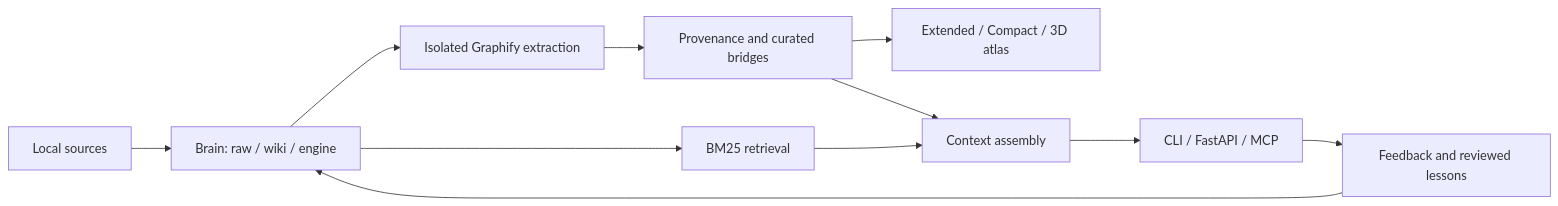
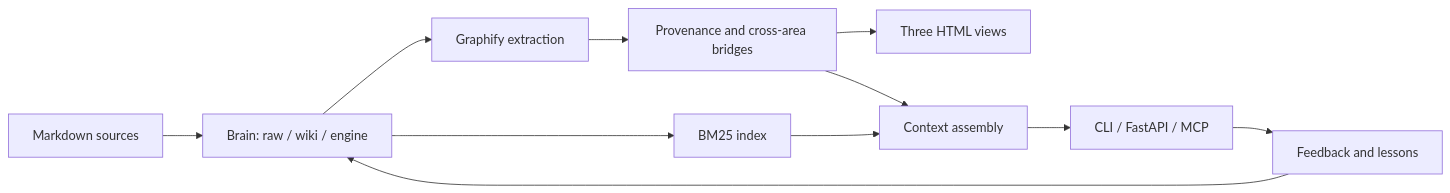
Before and after one commit to Simus100/altair-brain: the diagram in README.md, drawn with Mermaid. The commit also changed other lines of this file and 11 other files, not shown here.

````diff
--- a/README.md
+++ b/README.md
@@ -39,13 +26,13 @@
 ```mermaid
 flowchart LR
-    A[Local sources] --> B[Brain: raw / wiki / engine]
-    B --> C[Isolated Graphify extraction]
-    B --> D[BM25 retrieval]
-    C --> E[Provenance and curated bridges]
-    E --> F[Extended / Compact / 3D atlas]
+    A[Markdown sources] --> B[Brain: raw / wiki / engine]
+    B --> C[Graphify extraction]
+    B --> D[BM25 index]
+    C --> E[Provenance and cross-area bridges]
+    E --> F[Three HTML views]
     D --> G[Context assembly]
     E --> G
     G --> H[CLI / FastAPI / MCP]
-    H --> I[Feedback and reviewed lessons]
+    H --> I[Feedback and lessons]
     I --> B
 ```
````
